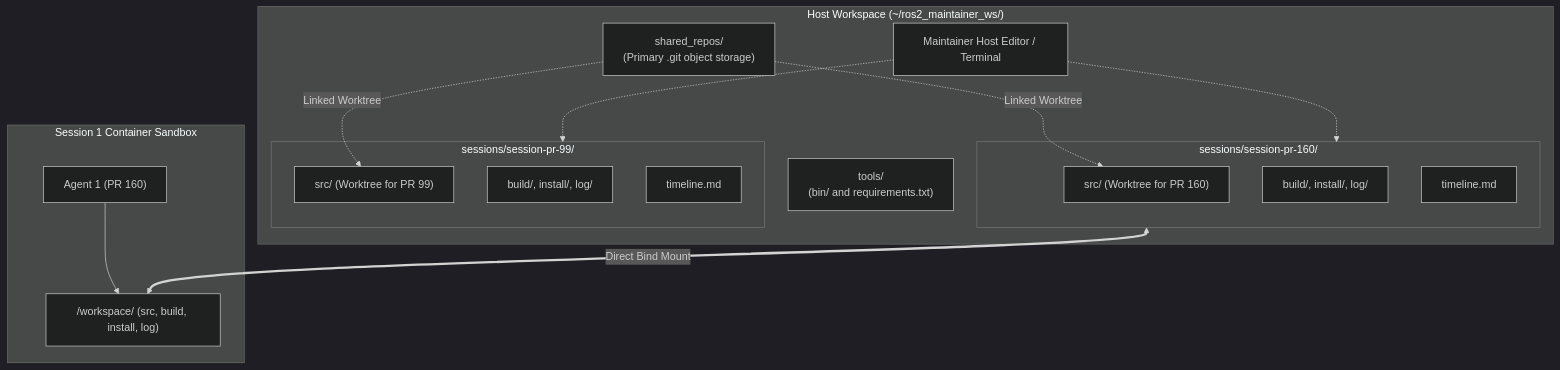
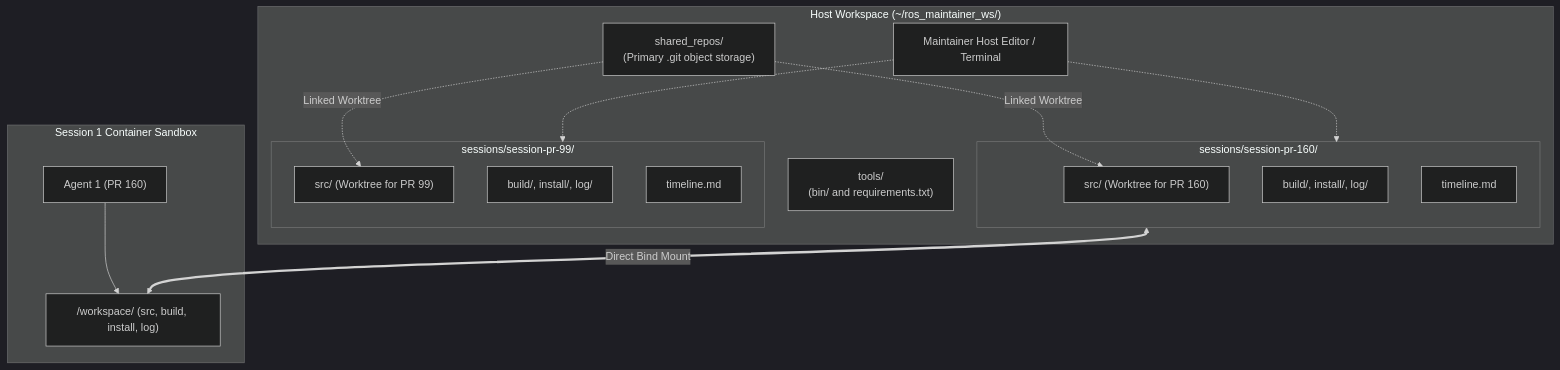
Before and after one commit to wjwwood/ros_maintainer_agent_harness: the second of 3 diagrams in docs/design.md, drawn with Mermaid (dark theme). The commit also changed other lines of this file and 15 other files, not shown here.

Commit message:
Rename package and CLI to ros-maintainer-agent-harness / ros-maintainer-harness

````diff
--- a/docs/design.md
+++ b/docs/design.md
@@ -145,33 +145,33 @@
 ```mermaid
 flowchart TD
-    subgraph HostFS ["Host Workspace (~/ros2_maintainer_ws/)"]
+    subgraph HostFS ["Host Workspace (~/ros_maintainer_ws/)"]
         HostIDE["Maintainer Host Editor / Terminal"]
         SharedClones["shared_repos/<br/>(Primary .git object storage)"]
         SharedTools["tools/<br/>(bin/ and requirements.txt)"]
         
         subgraph Session1 ["sessions/session-pr-160/"]
             WT1["src/ (Worktree for PR 160)"]
             Build1["build/, install/, log/"]
             Time1["timeline.md"]
         end
 
         subgraph Session2 ["sessions/session-pr-99/"]
             WT2["src/ (Worktree for PR 99)"]
             Build2["build/, install/, log/"]
             Time2["timeline.md"]
         end
     end
 
     subgraph Container1 ["Session 1 Container Sandbox"]
         Agent1["Agent 1 (PR 160)"]
         WS1["/workspace/ (src, build, install, log)"]
         Agent1 --> WS1
     end
 
     SharedClones -.->|Linked Worktree| WT1
     SharedClones -.->|Linked Worktree| WT2
     
     Session1 <==>|Direct Bind Mount| WS1
     HostIDE -.-> Session1
     HostIDE -.-> Session2
 ```
````
